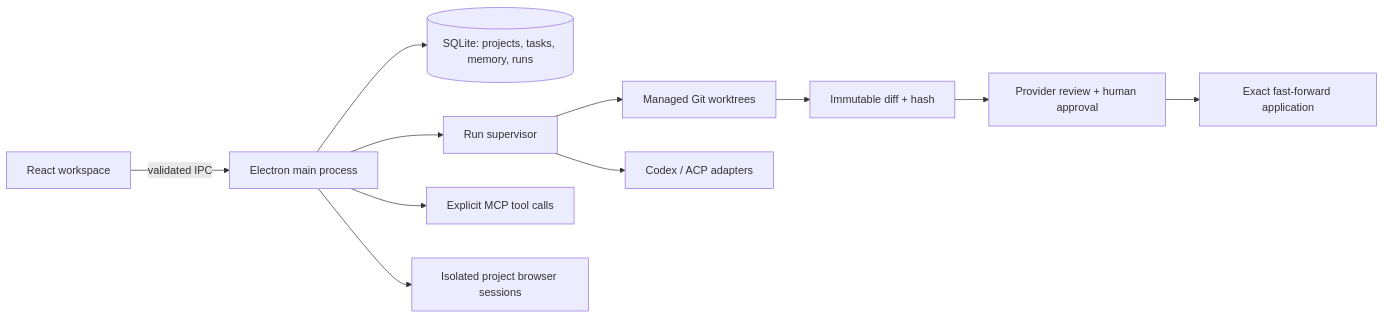
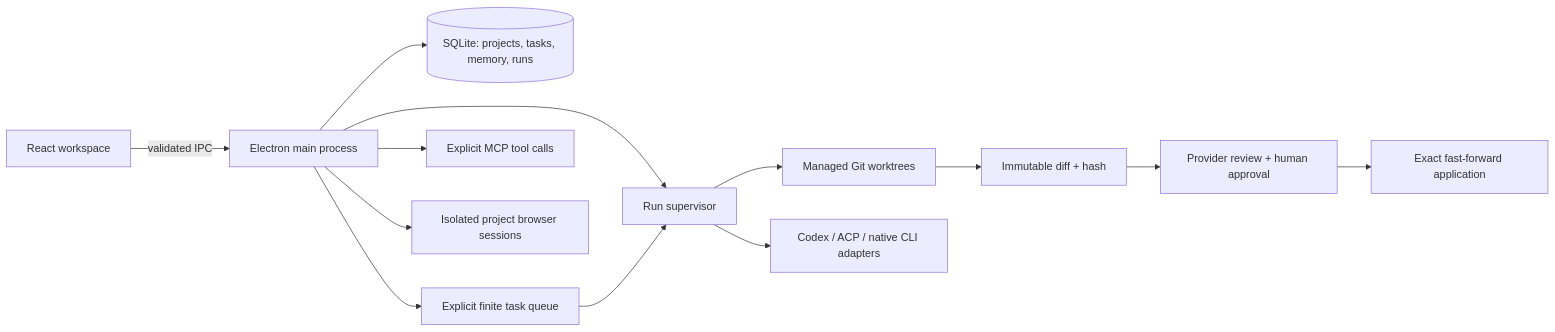
Before and after one commit to aievolutionpl/agentic-os: the diagram in README.md, drawn with Mermaid. The commit also changed other lines of this file and 75 other files, not shown here.

````diff
--- a/README.md
+++ b/README.md
@@ -93,13 +98,15 @@
 ```mermaid
 flowchart LR
   UI[React workspace] -->|validated IPC| Main[Electron main process]
   Main --> DB[(SQLite: projects, tasks, memory, runs)]
   Main --> Supervisor[Run supervisor]
+  Main --> Queue[Explicit finite task queue]
+  Queue --> Supervisor
   Supervisor --> Git[Managed Git worktrees]
-  Supervisor --> Providers[Codex / ACP adapters]
+  Supervisor --> Providers[Codex / ACP / native CLI adapters]
   Git --> Artifact[Immutable diff + hash]
   Artifact --> Review[Provider review + human approval]
   Review --> Apply[Exact fast-forward application]
   Main --> MCP[Explicit MCP tool calls]
   Main --> Browser[Isolated project browser sessions]
 ```
````
